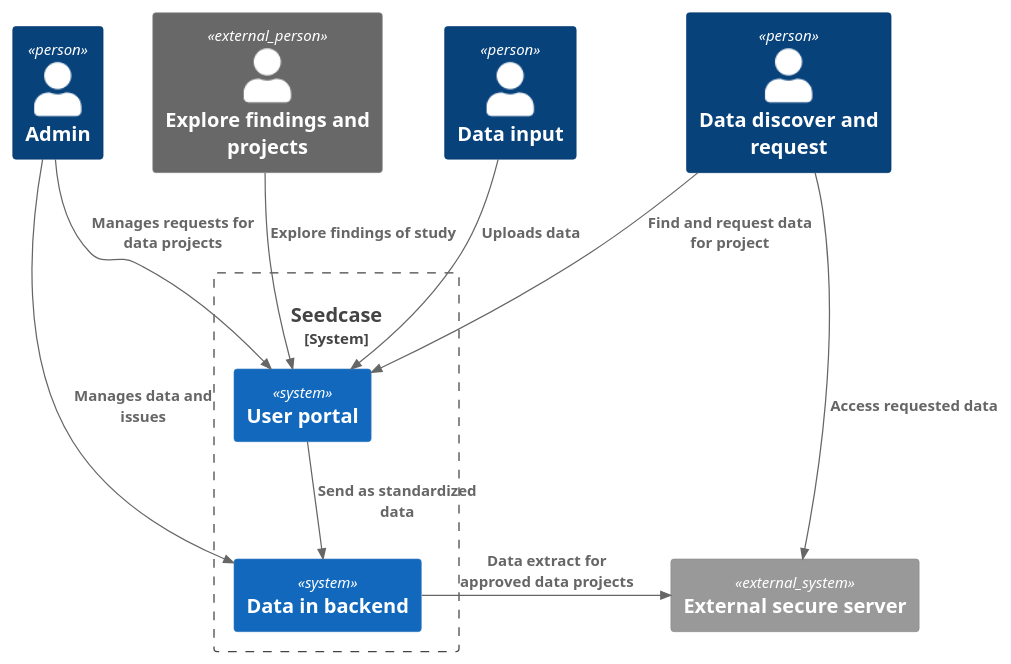
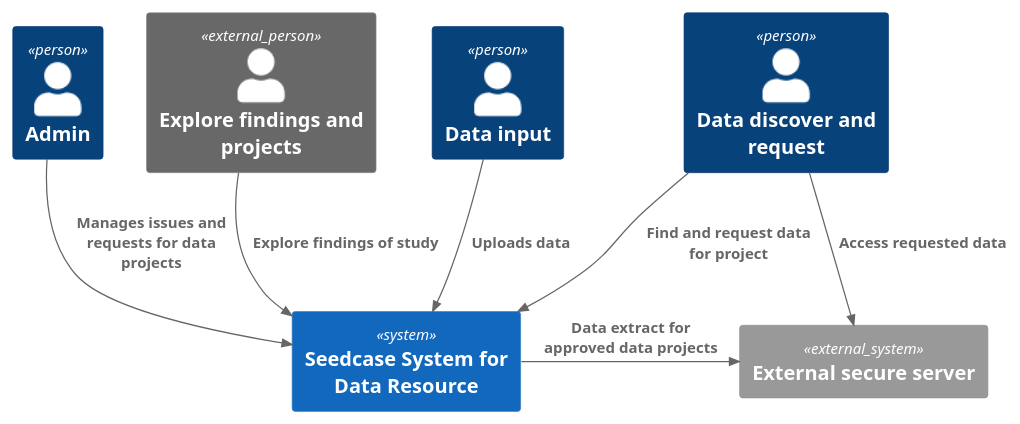
The diagram in design/images/context.puml (seedcase-project/seedcase-website), drawn with PlantUML before and after one commit. The commit also changed 1 other file, not shown here.

```diff
--- a/design/images/context.puml
+++ b/design/images/context.puml
@@ -1,26 +1,21 @@
 @startuml
 !include https://raw.githubusercontent.com/plantuml-stdlib/C4-PlantUML/master/C4_Context.puml
 
 Person(user_data_input, "Data input")
 Person(user_data_request, "Data discover and request")
 Person(user_admin, "Admin")
 
 Person_Ext(user_results, "Explore findings and projects")
 
 Lay_Right(user_admin, user_results)
 
-System_Boundary(seedcase, "Seedcase") {
-  System(ui, "User portal")
-  System(backend, "Data in backend")
-}
+System(ui, "Seedcase System for Data Resource")
 System_Ext(external_server, "External secure server")
 
 Rel(user_data_input, ui, "Uploads data")
 Rel(user_data_request, ui, "Find and request data for project")
 Rel(user_results, ui, "Explore findings of study")
-Rel(user_admin, ui, "Manages requests for data projects")
-Rel(user_admin, backend, "Manages data and issues")
-Rel_Down(ui, backend, "Send as standardized data")
-Rel_Right(backend, external_server, "Data extract for approved data projects")
+Rel(user_admin, ui, "Manages issues and requests for data projects")
+Rel_Right(ui, external_server, "Data extract for approved data projects")
 Rel(user_data_request, external_server, "Access requested data")
 @enduml
```
